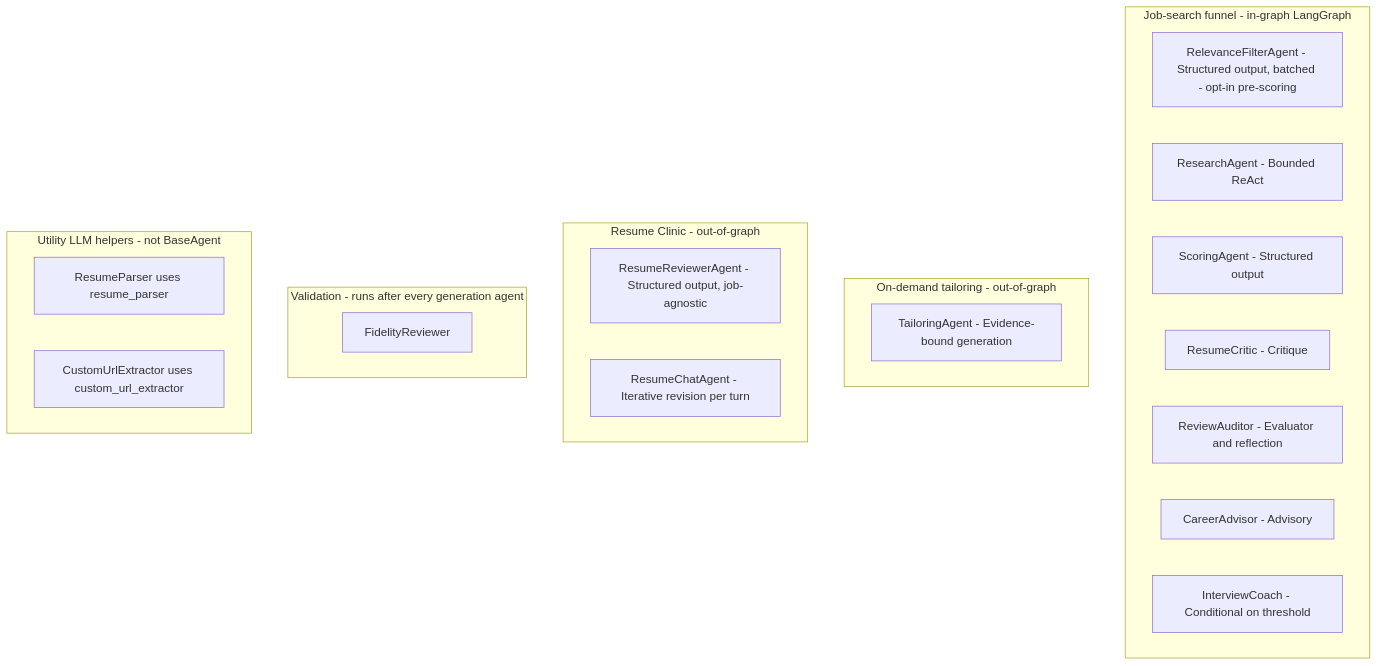
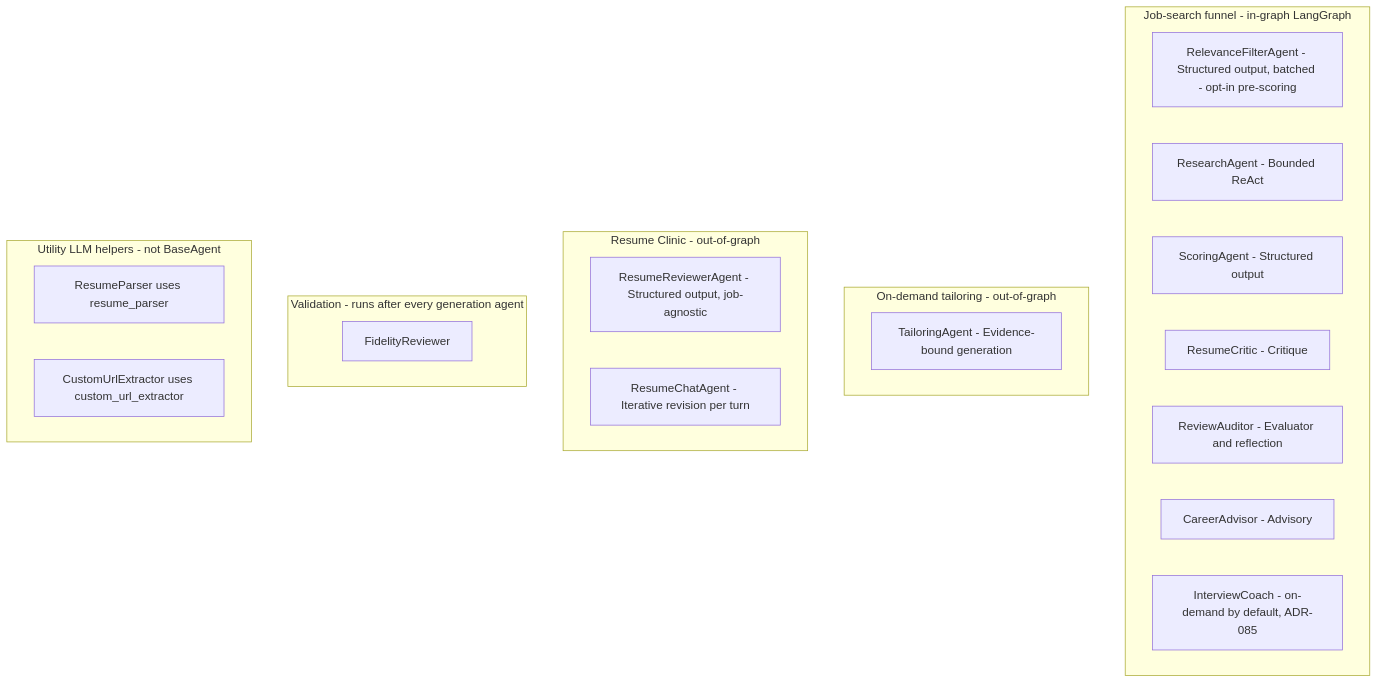
One commit to suthrams/jobsearchagent-v2 changed the diagram in docs/architecture/images/agent_graph.mmd. Above: the diagram before and after it, drawn with Mermaid. The commit also changed 21 other files, not shown here.

First line of the commit message:
feat(cost): interview prep on-demand by default + verbose-agent output conciseness (ADR-085)

```diff
--- a/docs/architecture/images/agent_graph.mmd
+++ b/docs/architecture/images/agent_graph.mmd
@@ -1,31 +1,31 @@
 %% Textual mirror only. The published PNG is rendered from
 %% tools/figure_renderer/specs/agent_graph.json (deterministic figure renderer),
 %% not from this file. Keep both in sync on any agent change.
 flowchart TB
     subgraph Funnel [Job-search funnel - in-graph LangGraph]
         a0[RelevanceFilterAgent - Structured output, batched - opt-in pre-scoring]
         a1[ResearchAgent - Bounded ReAct]
         a2[ScoringAgent - Structured output]
         a3[ResumeCritic - Critique]
         a4[ReviewAuditor - Evaluator and reflection]
         a5[CareerAdvisor - Advisory]
-        a6[InterviewCoach - Conditional on threshold]
+        a6[InterviewCoach - on-demand by default, ADR-085]
     end
 
     subgraph Tailoring [On-demand tailoring - out-of-graph]
         a7[TailoringAgent - Evidence-bound generation]
     end
 
     subgraph Clinic [Resume Clinic - out-of-graph]
         a8[ResumeReviewerAgent - Structured output, job-agnostic]
         a9[ResumeChatAgent - Iterative revision per turn]
     end
 
     subgraph Guardrail [Validation - runs after every generation agent]
         a10[FidelityReviewer]
     end
 
     subgraph Helpers [Utility LLM helpers - not BaseAgent]
         a11[ResumeParser uses resume_parser]
         a12[CustomUrlExtractor uses custom_url_extractor]
     end
```
